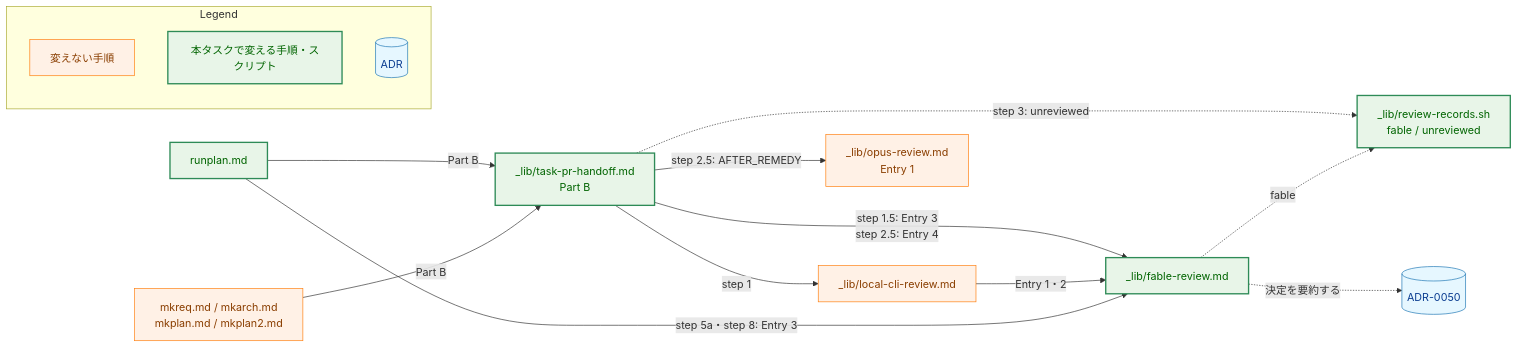
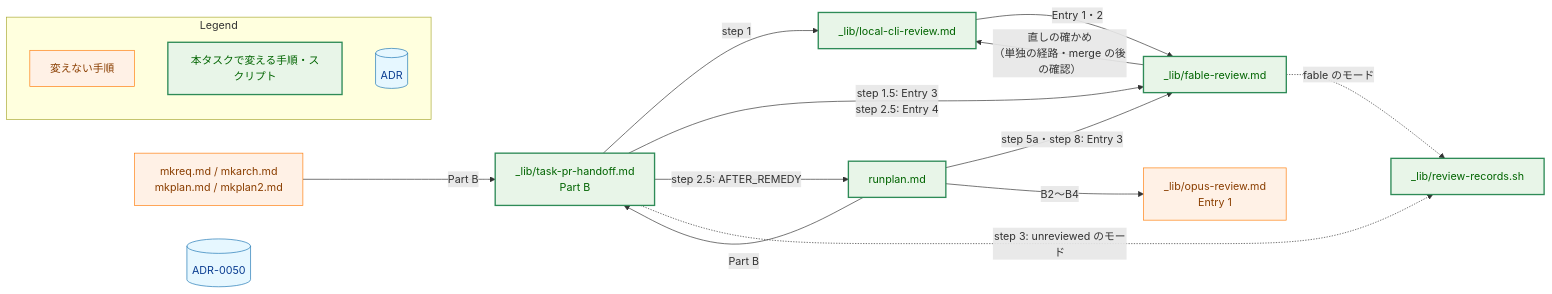
One commit to isseis/yt2column changed the second of 5 diagrams in docs/tasks/0114_fable_record_after_merge/02_architecture.md. Above: the diagram before and after it, drawn with Mermaid. The commit also changed other lines of this file and 1 other file, not shown here.

First line of the commit message:
docs(0114): address the design review and improve Japanese prose

````diff
--- a/docs/tasks/0114_fable_record_after_merge/02_architecture.md
+++ b/docs/tasks/0114_fable_record_after_merge/02_architecture.md
@@ -139,39 +147,40 @@
 ```mermaid
 flowchart LR
     classDef data fill:#e6f7ff,stroke:#1f77b4,stroke-width:1px,color:#0b3d91;
     classDef process fill:#fff1e6,stroke:#ff7f0e,stroke-width:1px,color:#8a3e00;
     classDef enhanced fill:#e8f5e8,stroke:#2e8b57,stroke-width:2px,color:#006400;
 
     DOCS["mkreq.md / mkarch.md<br>mkplan.md / mkplan2.md"]
     RUNPLAN["runplan.md"]
     HANDOFF["_lib/task-pr-handoff.md<br>Part B"]
     LOCAL["_lib/local-cli-review.md"]
     FABLE["_lib/fable-review.md"]
     OPUS["_lib/opus-review.md<br>Entry 1"]
-    SCRIPT["_lib/review-records.sh<br>fable / unreviewed"]
+    SCRIPT["_lib/review-records.sh"]
     ADR[("ADR-0050")]
 
     DOCS -->|"Part B"| HANDOFF
     RUNPLAN -->|"step 5a・step 8: Entry 3"| FABLE
     RUNPLAN -->|"Part B"| HANDOFF
     HANDOFF -->|"step 1"| LOCAL
     LOCAL -->|"Entry 1・2"| FABLE
+    FABLE -->|"直しの確かめ<br>（単独の経路・merge の後の確認）"| LOCAL
     HANDOFF -->|"step 1.5: Entry 3<br>step 2.5: Entry 4"| FABLE
-    HANDOFF -->|"step 2.5: AFTER_REMEDY"| OPUS
-    FABLE -.->|"fable"| SCRIPT
-    HANDOFF -.->|"step 3: unreviewed"| SCRIPT
-    FABLE -.->|"決定を要約する"| ADR
+    HANDOFF -->|"step 2.5: AFTER_REMEDY"| RUNPLAN
+    RUNPLAN -->|"B2〜B4"| OPUS
+    FABLE -.->|"fable のモード"| SCRIPT
+    HANDOFF -.->|"step 3: unreviewed のモード"| SCRIPT
 
-    class DOCS,LOCAL,OPUS process
-    class RUNPLAN,HANDOFF,FABLE,SCRIPT enhanced
+    class DOCS,OPUS process
+    class RUNPLAN,HANDOFF,FABLE,SCRIPT,LOCAL enhanced
     class ADR data
 
     subgraph Legend["Legend"]
         L1["変えない手順"]
         L2["本タスクで変える手順・スクリプト"]
         L3[("ADR")]
     end
     class L1 process
     class L2 enhanced
     class L3 data
 ```
````
